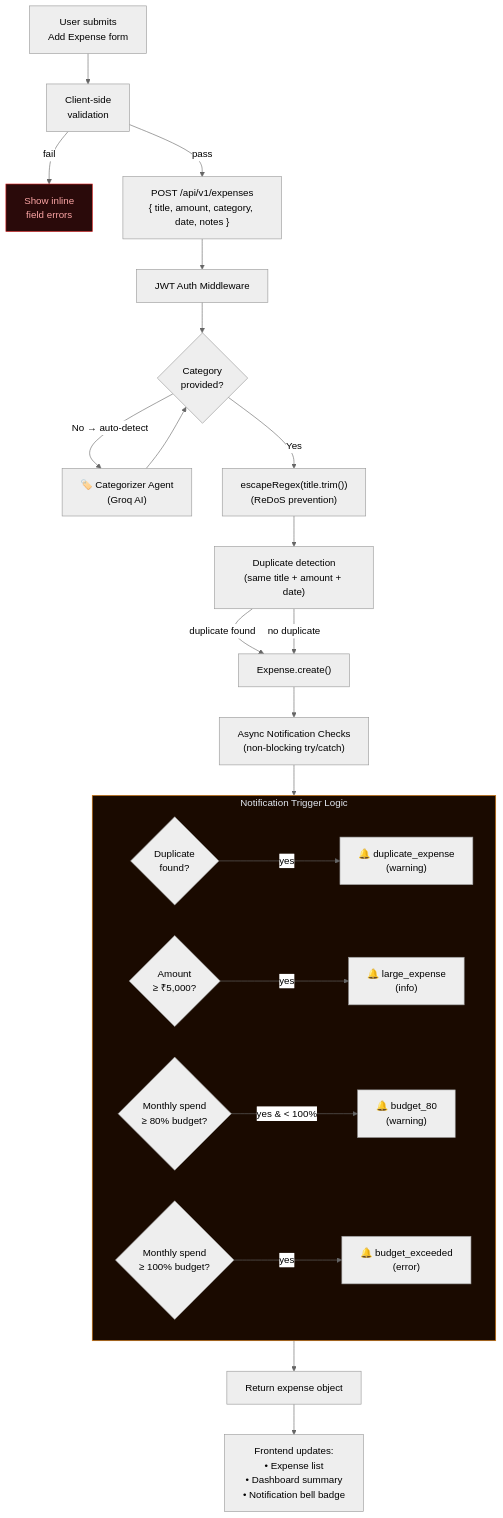
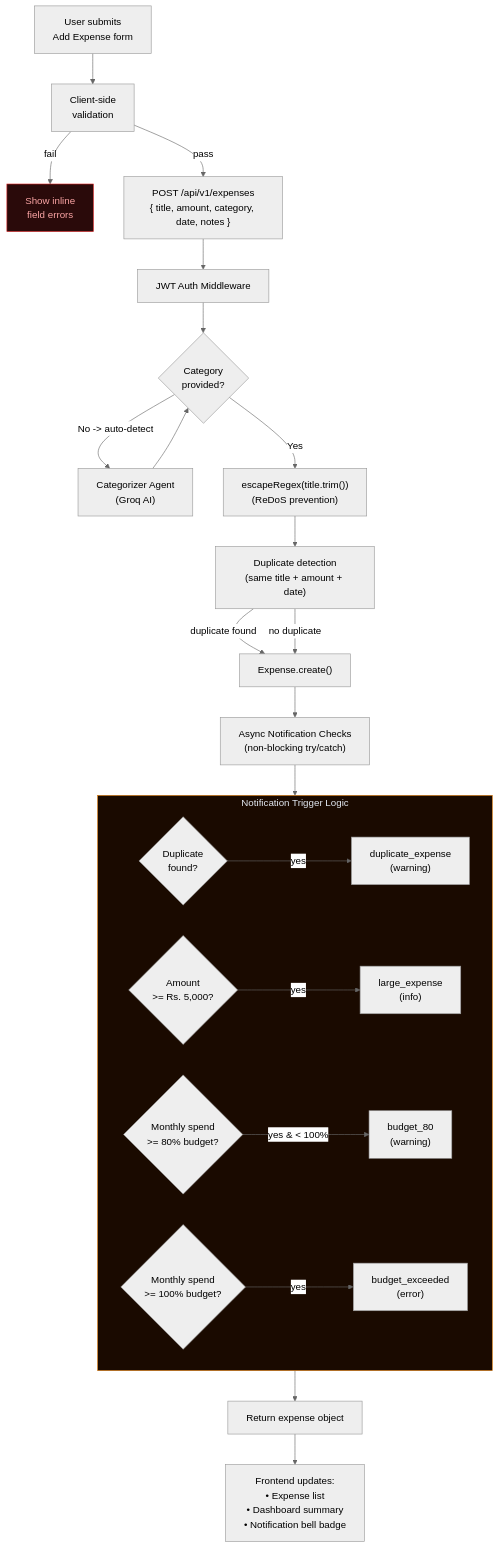
Diagram 15 of 20 in ARCHITECTURE.md (mjjaiavinash/Multi-Agent-Personal-Finance-Companion), drawn with Mermaid (neutral theme) before and after one commit. The commit also changed other lines of this file and 2 other files, not shown here.

Commit message:
Remove emojis from README, PRESENTATION, and ARCHITECTURE documentation

````diff
--- a/ARCHITECTURE.md
+++ b/ARCHITECTURE.md
@@ -667,37 +667,37 @@
 ```mermaid
 flowchart TD
     USER["User submits\nAdd Expense form"] --> VALIDATE["Client-side\nvalidation"]
     VALIDATE -->|"fail"| ERR_UI["Show inline\nfield errors"]
     VALIDATE -->|"pass"| API_CALL["POST /api/v1/expenses\n{ title, amount, category, date, notes }"]
 
     API_CALL --> AUTH_CHECK["JWT Auth Middleware"]
     AUTH_CHECK --> CATEGORIZE{"Category\nprovided?"}
-    CATEGORIZE -->|"No → auto-detect"| CAT_AGENT["🏷️ Categorizer Agent\n(Groq AI)"]
+    CATEGORIZE -->|"No -> auto-detect"| CAT_AGENT["Categorizer Agent\n(Groq AI)"]
     CAT_AGENT --> CATEGORIZE
     CATEGORIZE -->|"Yes"| ESCAPE["escapeRegex(title.trim())\n(ReDoS prevention)"]
 
     ESCAPE --> DUP_CHECK["Duplicate detection\n(same title + amount + date)"]
     DUP_CHECK -->|"duplicate found"| CREATE_EXP["Expense.create()"]
     DUP_CHECK -->|"no duplicate"| CREATE_EXP
 
     CREATE_EXP --> ASYNC_CHECKS["Async Notification Checks\n(non-blocking try/catch)"]
 
     subgraph CHECKS["Notification Trigger Logic"]
         NC1{"Duplicate\nfound?"}
-        NC2{"Amount\n≥ ₹5,000?"}
-        NC3{"Monthly spend\n≥ 80% budget?"}
-        NC4{"Monthly spend\n≥ 100% budget?"}
+        NC2{"Amount\n>= Rs. 5,000?"}
+        NC3{"Monthly spend\n>= 80% budget?"}
+        NC4{"Monthly spend\n>= 100% budget?"}
 
-        NC1 -->|"yes"| N1["🔔 duplicate_expense\n(warning)"]
-        NC2 -->|"yes"| N2["🔔 large_expense\n(info)"]
-        NC3 -->|"yes & < 100%"| N3["🔔 budget_80\n(warning)"]
-        NC4 -->|"yes"| N4["🔔 budget_exceeded\n(error)"]
+        NC1 -->|"yes"| N1["duplicate_expense\n(warning)"]
+        NC2 -->|"yes"| N2["large_expense\n(info)"]
+        NC3 -->|"yes & < 100%"| N3["budget_80\n(warning)"]
+        NC4 -->|"yes"| N4["budget_exceeded\n(error)"]
     end
 
     ASYNC_CHECKS --> CHECKS
     CHECKS --> RESPOND["Return expense object"]
     RESPOND --> FE_UPDATE["Frontend updates:\n• Expense list\n• Dashboard summary\n• Notification bell badge"]
 
     style CHECKS fill:#1a0a00,stroke:#d97706,color:#e2e8f0
     style ERR_UI fill:#2a0a0a,stroke:#dc2626,color:#fca5a5
 ```
````
